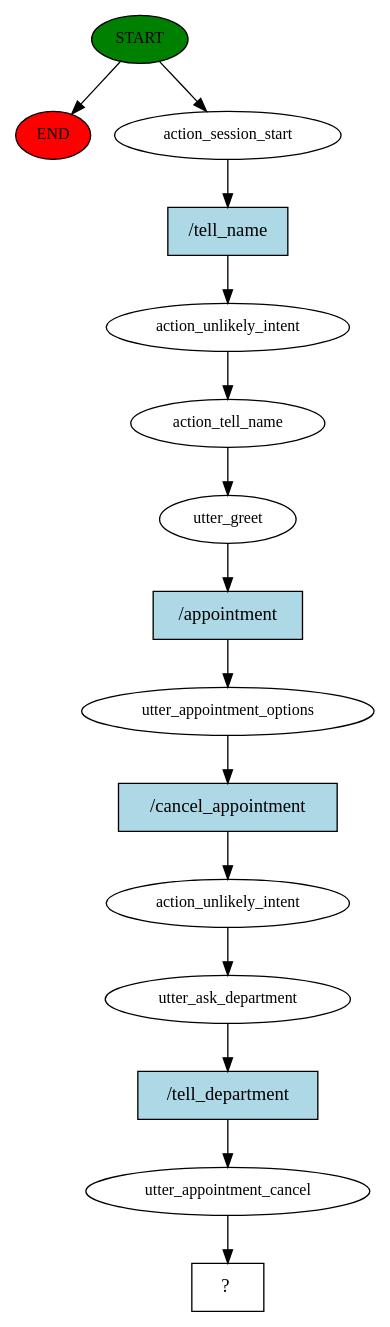
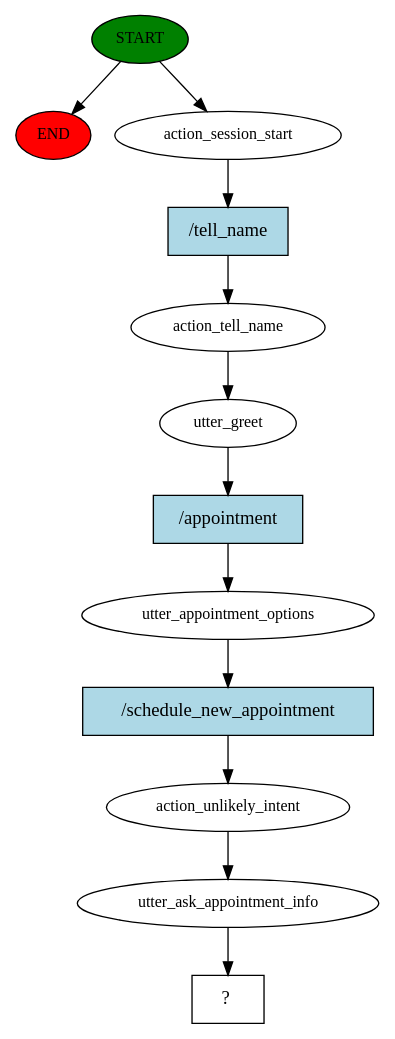
The diagram in story_graph.dot (chowdhuryshakur/pcmc_ai_bot), drawn with Graphviz before and after one commit. The commit also changed 87 other files, not shown here.

```diff
--- a/story_graph.dot
+++ b/story_graph.dot
@@ -1,31 +1,25 @@
 digraph  {
 0 [class="start active", fillcolor=green, fontsize=12, label=START, style=filled];
 "-1" [class=end, fillcolor=red, fontsize=12, label=END, style=filled];
 1 [class=active, fontsize=12, label=action_session_start];
-2 [class=active, fontsize=12, label=action_unlikely_intent];
-3 [class=active, fontsize=12, label=action_tell_name];
-4 [class=active, fontsize=12, label=utter_greet];
-5 [class=active, fontsize=12, label=utter_appointment_options];
-6 [class=active, fontsize=12, label=action_unlikely_intent];
-7 [class=active, fontsize=12, label=utter_ask_department];
-8 [class=active, fontsize=12, label=utter_appointment_cancel];
-9 [class="intent dashed active", label="  ?  ", shape=rect];
-10 [class="intent active", fillcolor=lightblue, label="/tell_name", shape=rect, style=filled];
-11 [class="intent active", fillcolor=lightblue, label="/appointment", shape=rect, style=filled];
-12 [class="intent active", fillcolor=lightblue, label="/cancel_appointment", shape=rect, style=filled];
-13 [class="intent active", fillcolor=lightblue, label="/tell_department", shape=rect, style=filled];
+2 [class=active, fontsize=12, label=action_tell_name];
+3 [class=active, fontsize=12, label=utter_greet];
+4 [class=active, fontsize=12, label=utter_appointment_options];
+5 [class=active, fontsize=12, label=action_unlikely_intent];
+6 [class=active, fontsize=12, label=utter_ask_appointment_info];
+7 [class="intent dashed active", label="  ?  ", shape=rect];
+8 [class="intent active", fillcolor=lightblue, label="/tell_name", shape=rect, style=filled];
+9 [class="intent active", fillcolor=lightblue, label="/appointment", shape=rect, style=filled];
+10 [class="intent active", fillcolor=lightblue, label="/schedule_new_appointment", shape=rect, style=filled];
 0 -> "-1"  [class="", key=NONE, label=""];
 0 -> 1  [class=active, key=NONE, label=""];
-1 -> 10  [class=active, key=0];
+1 -> 8  [class=active, key=0];
 2 -> 3  [class=active, key=NONE, label=""];
-3 -> 4  [class=active, key=NONE, label=""];
-4 -> 11  [class=active, key=0];
-5 -> 12  [class=active, key=0];
+3 -> 9  [class=active, key=0];
+4 -> 10  [class=active, key=0];
+5 -> 6  [class=active, key=NONE, label=""];
 6 -> 7  [class=active, key=NONE, label=""];
-7 -> 13  [class=active, key=0];
-8 -> 9  [class=active, key=NONE, label=""];
-10 -> 2  [class=active, key=0];
-11 -> 5  [class=active, key=0];
-12 -> 6  [class=active, key=0];
-13 -> 8  [class=active, key=0];
+8 -> 2  [class=active, key=0];
+9 -> 4  [class=active, key=0];
+10 -> 5  [class=active, key=0];
 }
```
